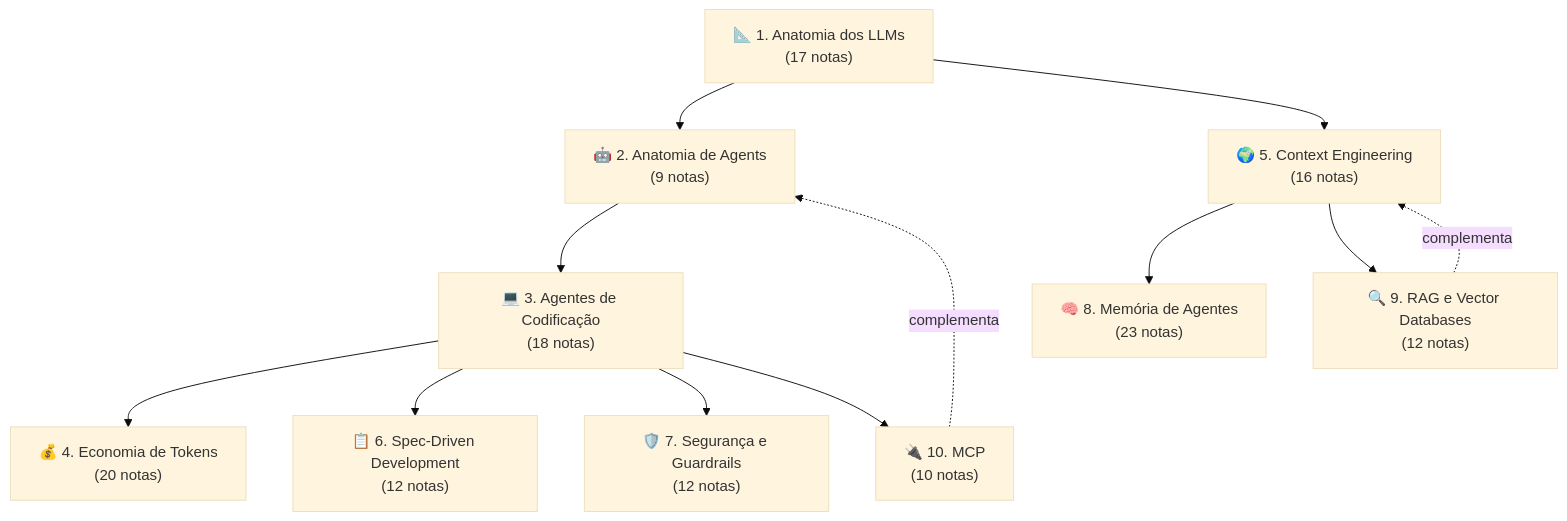
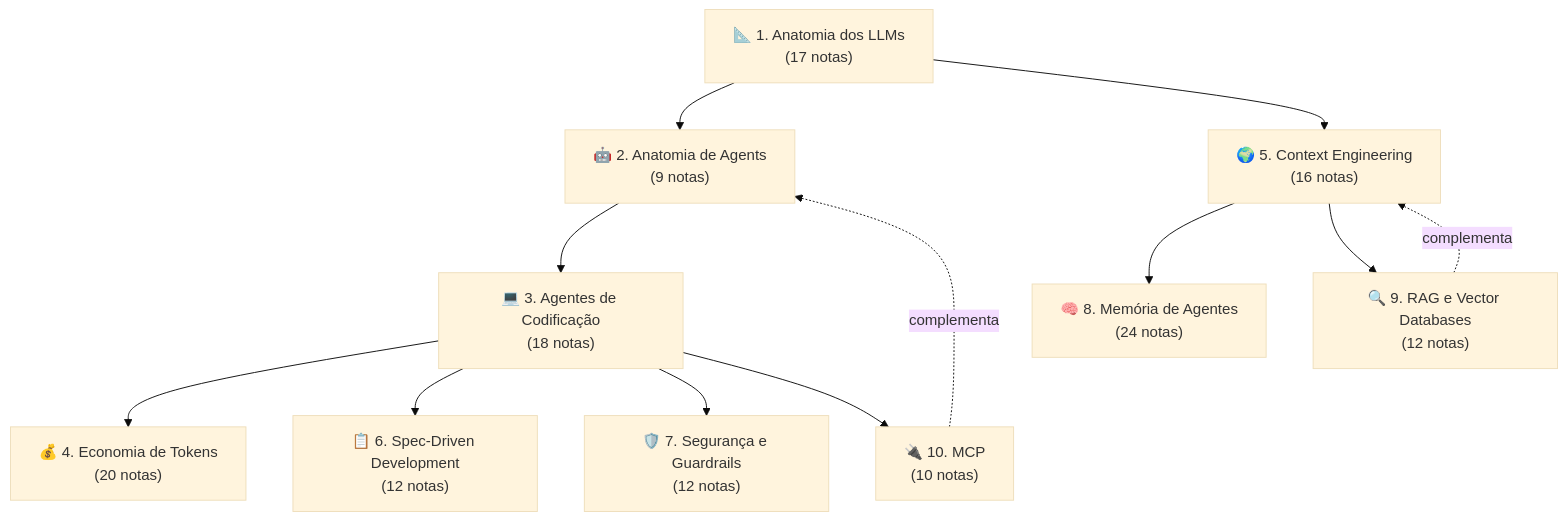
The first of 2 diagrams in 03-Dominios/IA/index.md (josenaldo/my-dev-notebook), drawn with Mermaid (base theme) before and after one commit. The commit also changed other lines of this file and 30 other files, not shown here.

````diff
--- a/03-Dominios/IA/index.md
+++ b/03-Dominios/IA/index.md
@@ -129,25 +129,25 @@
 ```mermaid
 graph TB
     M1["📐 1. Anatomia dos LLMs<br/>(17 notas)"]
     M2["🤖 2. Anatomia de Agents<br/>(9 notas)"]
     M3["💻 3. Agentes de Codificação<br/>(18 notas)"]
     M4["💰 4. Economia de Tokens<br/>(20 notas)"]
     M5["🌍 5. Context Engineering<br/>(16 notas)"]
     M6["📋 6. Spec-Driven Development<br/>(12 notas)"]
     M7["🛡️ 7. Segurança e Guardrails<br/>(12 notas)"]
-    M8["🧠 8. Memória de Agentes<br/>(23 notas)"]
+    M8["🧠 8. Memória de Agentes<br/>(24 notas)"]
     M9["🔍 9. RAG e Vector Databases<br/>(12 notas)"]
     M10["🔌 10. MCP<br/>(10 notas)"]
 
     M1 --> M2
     M2 --> M3
     M1 --> M5
     M3 --> M4
     M3 --> M6
     M3 --> M7
     M5 --> M8
     M5 --> M9
     M3 --> M10
     M9 -.complementa.-> M5
     M10 -.complementa.-> M2
 ```
````
